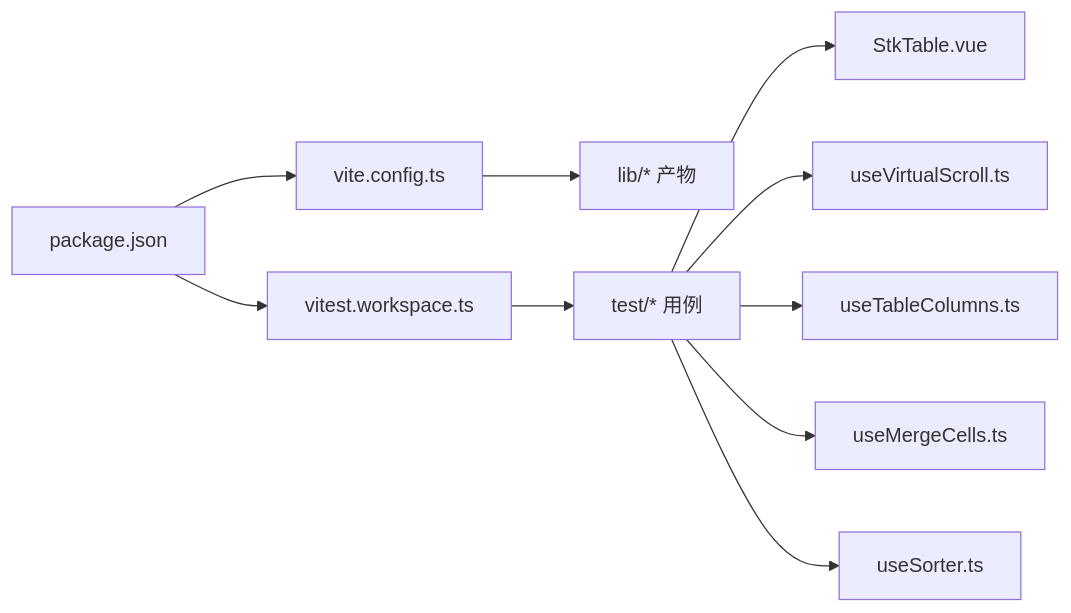
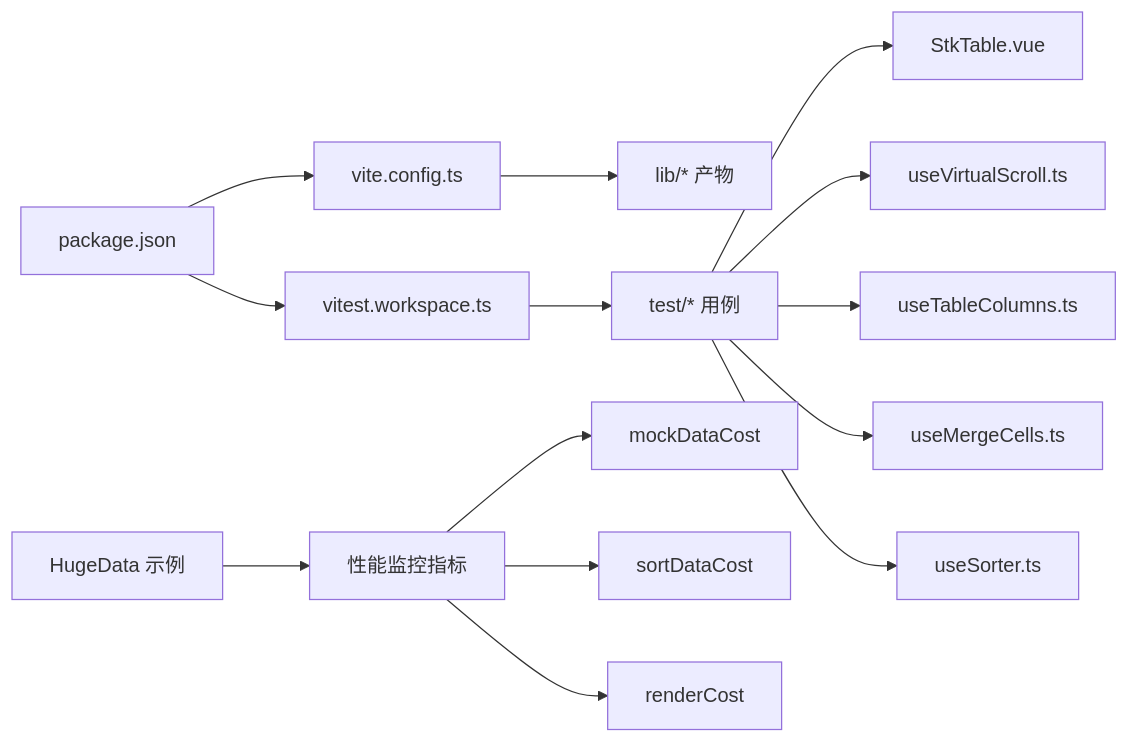
One commit to ja-plus/stk-table-vue changed the fifth of 5 diagrams in .qoder/repowiki/zh/content/性能优化/性能监控与分析.md. Above: the diagram before and after it, drawn with Mermaid. The commit also changed other lines of this file and 12 other files, not shown here.

````diff
--- a/.qoder/repowiki/zh/content/性能优化/性能监控与分析.md
+++ b/.qoder/repowiki/zh/content/性能优化/性能监控与分析.md
@@ -207,12 +262,16 @@
 ```mermaid
 graph LR
 P["package.json"] --> V["vite.config.ts"]
 P --> T["vitest.workspace.ts"]
 V --> L["lib/* 产物"]
 T --> TESTS["test/* 用例"]
 TESTS --> ST["StkTable.vue"]
 TESTS --> VS["useVirtualScroll.ts"]
 TESTS --> COL["useTableColumns.ts"]
 TESTS --> MERGE["useMergeCells.ts"]
 TESTS --> SORT["useSorter.ts"]
+HD["HugeData 示例"] --> PM["性能监控指标"]
+PM --> MC["mockDataCost"]
+PM --> SC["sortDataCost"]
+PM --> RC["renderCost"]
 ```
````
